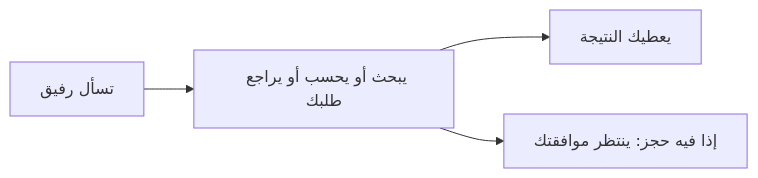
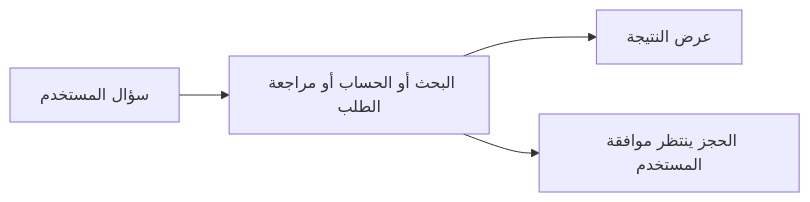
Before and after one commit to mohamed-alghazi/Rafeeq: the first of 2 diagrams in README.md, drawn with Mermaid. The commit also changed other lines of this file, not shown here.

````diff
--- a/README.md
+++ b/README.md
@@ -9,6 +9,6 @@
 ```mermaid
 flowchart LR
-    Q["تسأل رفيق"] --> T["يبحث أو يحسب أو يراجع طلبك"]
-    T --> A["يعطيك النتيجة"]
-    T --> P["إذا فيه حجز: ينتظر موافقتك"]
+    Q["سؤال المستخدم"] --> T["البحث أو الحساب أو مراجعة الطلب"]
+    T --> A["عرض النتيجة"]
+    T --> P["الحجز ينتظر موافقة المستخدم"]
 ```
````
